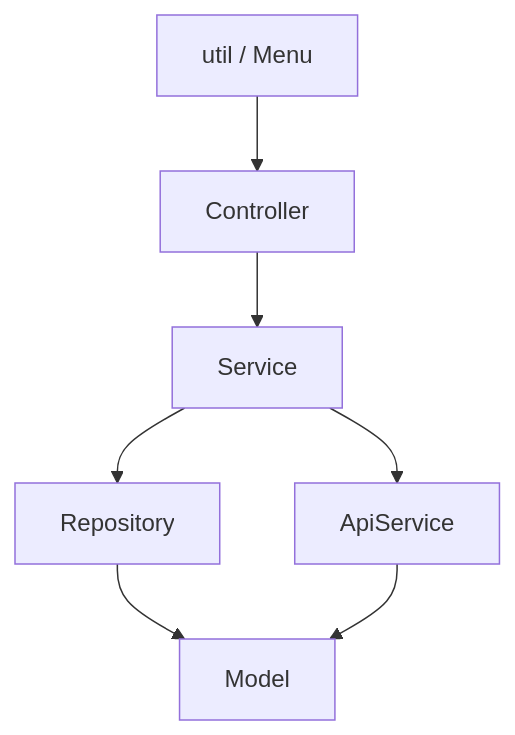
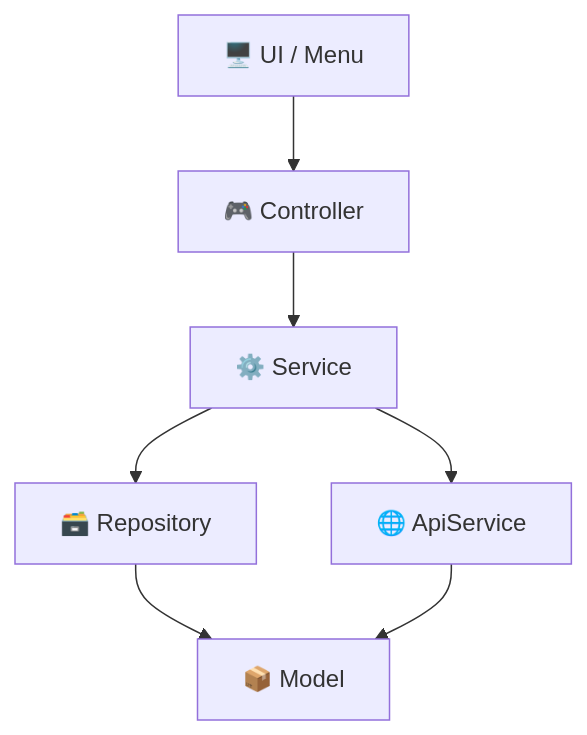
Before and after one commit to AndresMellaS/conversor-monedas: the diagram in README.md, drawn with Mermaid. The commit also changed other lines of this file, not shown here.

````diff
--- a/README.md
+++ b/README.md
@@ -41,9 +47,9 @@
 ```mermaid
 flowchart TD
-    A[ util / Menu] --> B[Controller]
-    B --> C[ Service]
-    C --> D[ Repository]
-    C --> E[ApiService]
-    D --> F[Model]
+    A[🖥️ UI / Menu] --> B[🎮 Controller]
+    B --> C[⚙️ Service]
+    C --> D[🗃️ Repository]
+    C --> E[🌐 ApiService]
+    D --> F[📦 Model]
     E --> F
 ```
````
